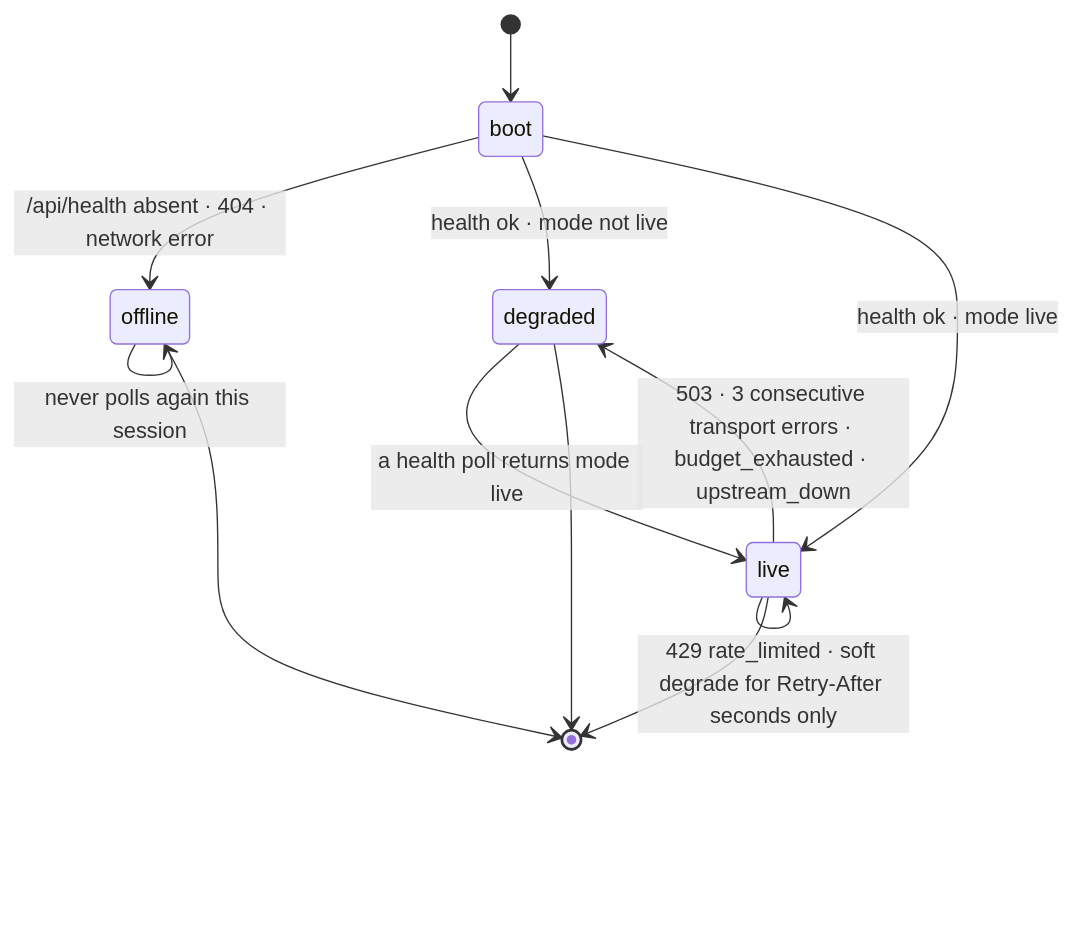
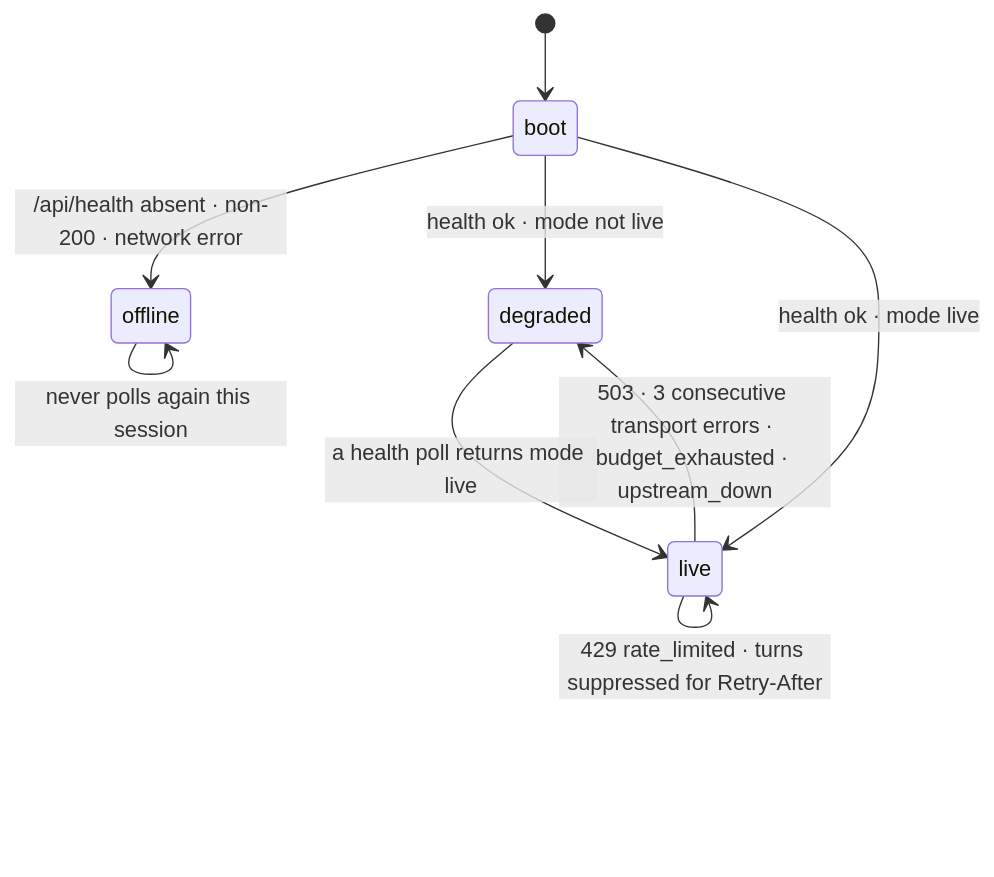
The second of 2 diagrams in sim/web/docs-bundle/architecture/backlog/live-sim-demo.md (mvalancy/moxie-robot-saver), drawn with Mermaid before and after one commit. The commit also changed other lines of this file and 454 other files, not shown here.

````diff
--- a/sim/web/docs-bundle/architecture/backlog/live-sim-demo.md
+++ b/sim/web/docs-bundle/architecture/backlog/live-sim-demo.md
@@ -1621,14 +623,11 @@
 ```mermaid
 stateDiagram-v2
   [*] --> boot
-  boot --> offline: /api/health absent · 404 · network error
+  boot --> offline: /api/health absent · non-200 · network error
   boot --> degraded: health ok · mode not live
   boot --> live: health ok · mode live
   live --> degraded: 503 · 3 consecutive transport errors · budget_exhausted · upstream_down
-  live --> live: 429 rate_limited · soft degrade for Retry-After seconds only
+  live --> live: 429 rate_limited · turns suppressed for Retry-After
   degraded --> live: a health poll returns mode live
   offline --> offline: never polls again this session
-  live --> [*]
-  degraded --> [*]
-  offline --> [*]
 ```
````
